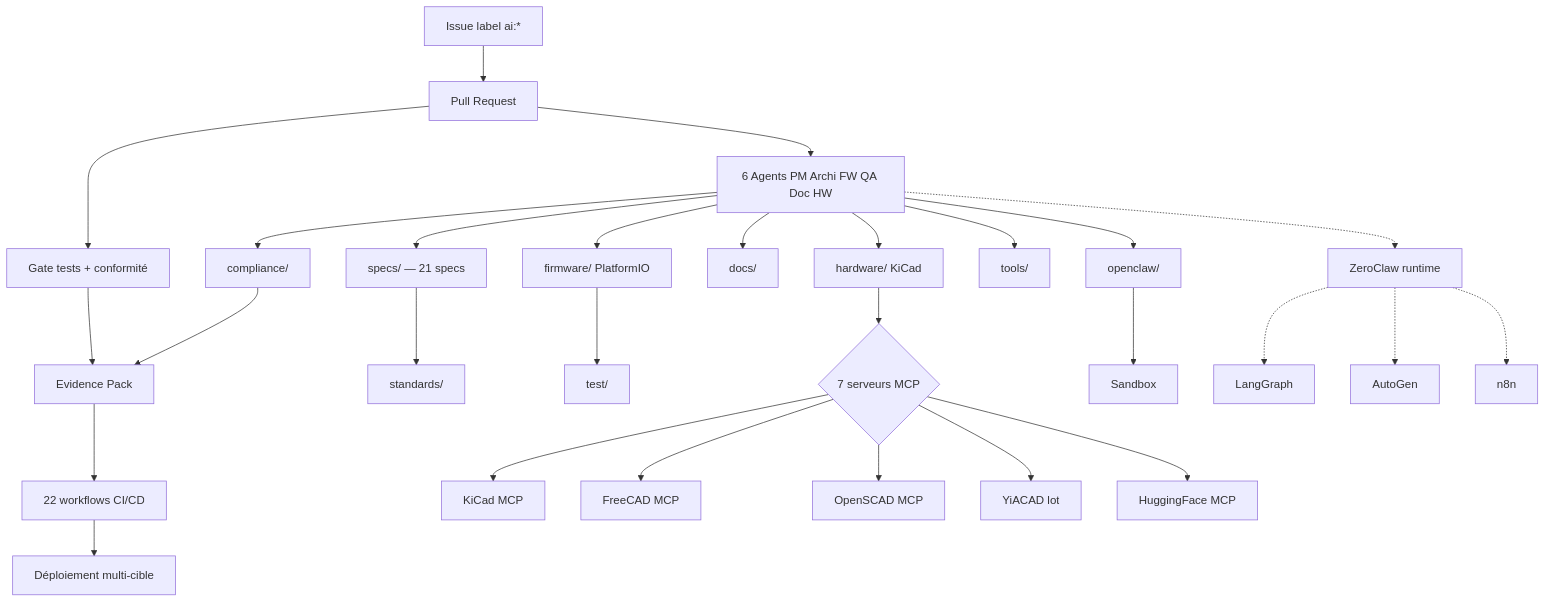
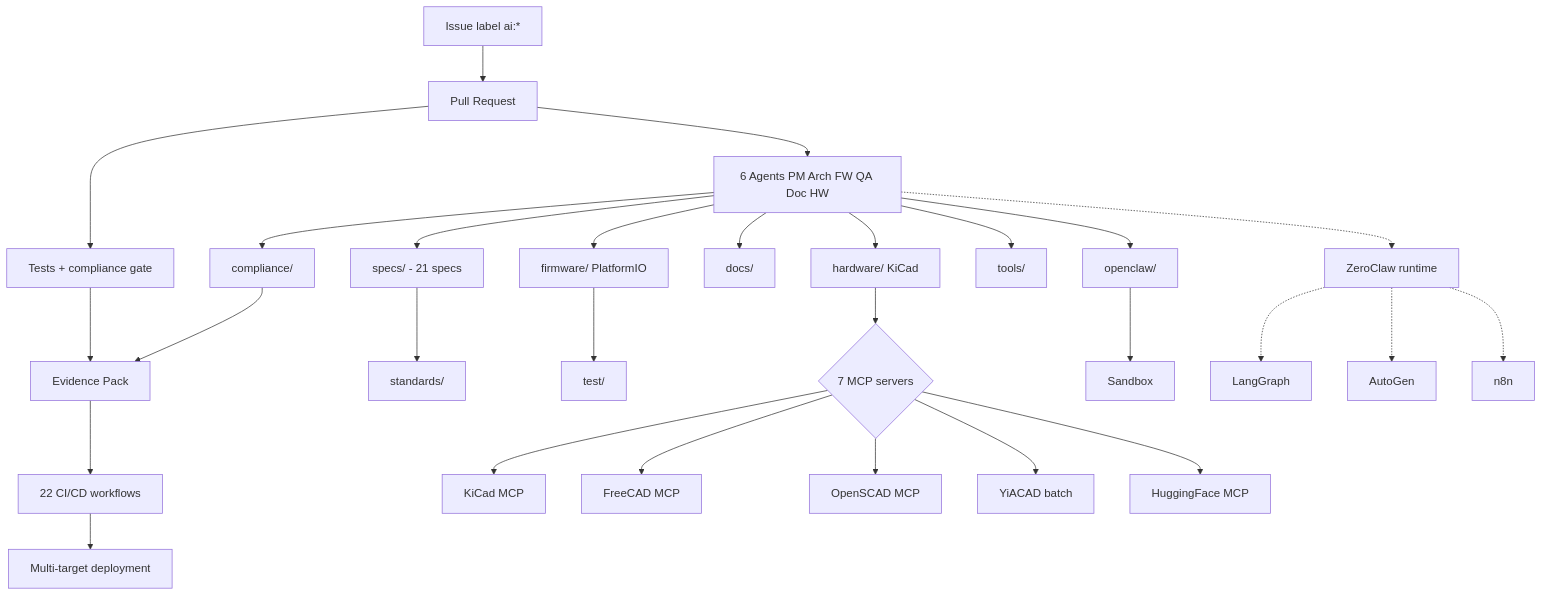
The diagram in README.md (electron-rare/Kill_LIFE), drawn with Mermaid before and after one commit. The commit also changed other lines of this file and 45 other files, not shown here.

````diff
--- a/README.md
+++ b/README.md
@@ -116,30 +116,30 @@
 ```mermaid
 flowchart TD
   Issue[Issue label ai:*] --> PR[Pull Request]
-  PR --> Gate[Gate tests + conformité]
+  PR --> Gate[Tests + compliance gate]
   Gate --> Evidence[Evidence Pack]
-  Evidence --> CI[22 workflows CI/CD]
-  CI --> Deploy[Déploiement multi-cible]
-  PR --> Agents[6 Agents PM Archi FW QA Doc HW]
-  Agents --> Specs[specs/ — 21 specs]
+  Evidence --> CI[22 CI/CD workflows]
+  CI --> Deploy[Multi-target deployment]
+  PR --> Agents[6 Agents PM Arch FW QA Doc HW]
+  Agents --> Specs[specs/ - 21 specs]
   Agents --> Firmware[firmware/ PlatformIO]
   Agents --> Hardware[hardware/ KiCad]
   Agents --> Docs[docs/]
   Agents --> Compliance[compliance/]
   Agents --> Tools[tools/]
   Agents --> OpenClaw[openclaw/]
   Specs --> Standards[standards/]
   Firmware --> Tests[test/]
-  Hardware --> MCP{7 serveurs MCP}
+  Hardware --> MCP{7 MCP servers}
   MCP --> KiCad[KiCad MCP]
   MCP --> FreeCAD[FreeCAD MCP]
   MCP --> OpenSCAD[OpenSCAD MCP]
-  MCP --> YiACAD[YiACAD lot]
+  MCP --> YiACAD[YiACAD batch]
   MCP --> HF[HuggingFace MCP]
   Compliance --> Evidence
   OpenClaw --> Sandbox[Sandbox]
   Agents -.-> ZeroClaw[ZeroClaw runtime]
   ZeroClaw -.-> LangGraph[LangGraph]
   ZeroClaw -.-> AutoGen[AutoGen]
   ZeroClaw -.-> N8N[n8n]
 ```
````
